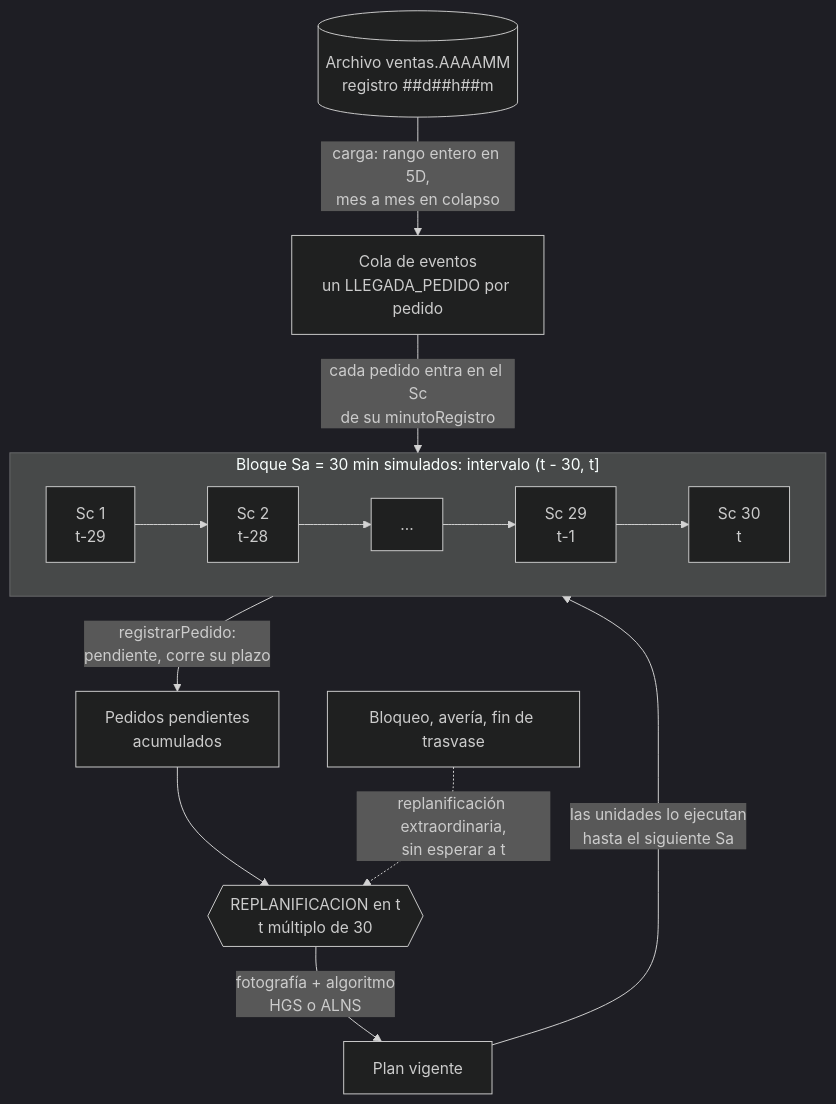
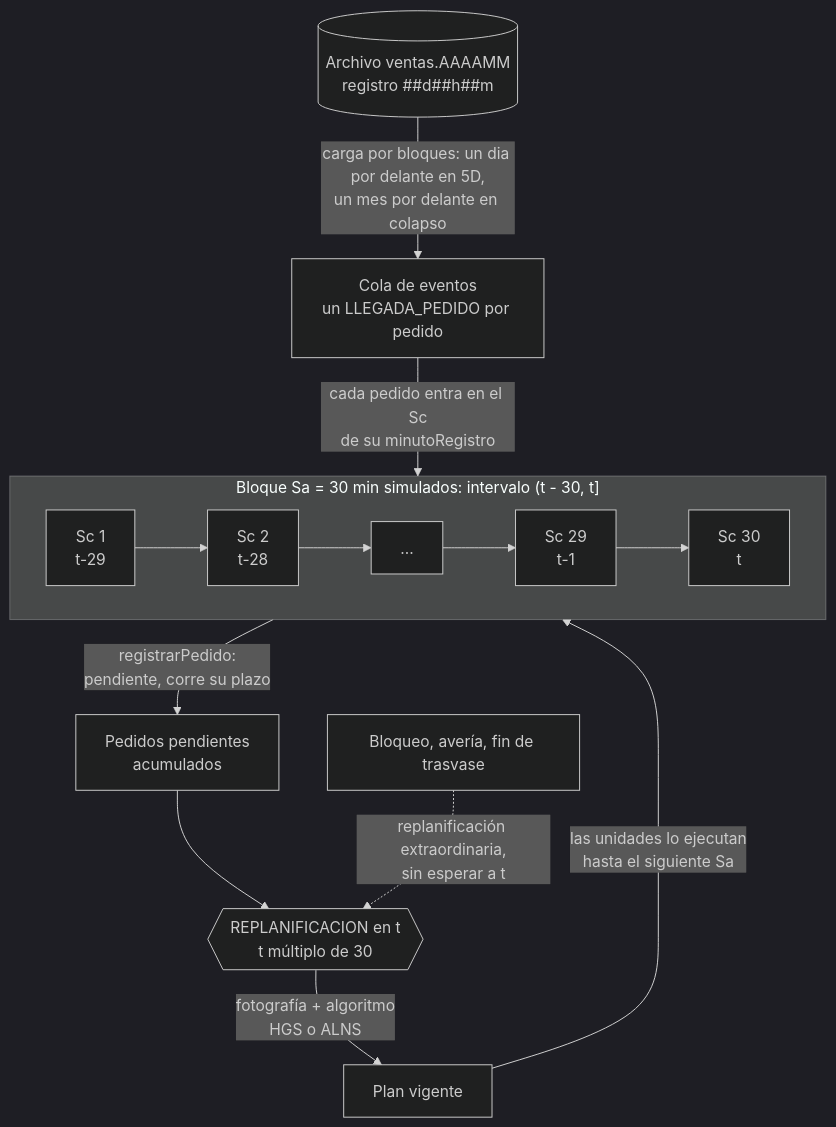
Before and after one commit to dp1-grupo-3c/metaheuristics-platform: the first of 2 diagrams in docs/SALTOS_SC_SA.md, drawn with Mermaid (dark theme). The commit also changed other lines of this file and 8 other files, not shown here.

Commit message:
add: carga de pedidos por dias en la simulacion de 5 dias y dia a dia

````diff
--- a/docs/SALTOS_SC_SA.md
+++ b/docs/SALTOS_SC_SA.md
@@ -38,16 +39,16 @@
 ```mermaid
 flowchart TB
-    A[("Archivo ventas.AAAAMM<br/>registro ##d##h##m")] -->|"carga: rango entero en 5D,<br/>mes a mes en colapso"| B["Cola de eventos<br/>un LLEGADA_PEDIDO por pedido"]
+    A[("Archivo ventas.AAAAMM<br/>registro ##d##h##m")] -->|"carga por bloques: un dia por delante en 5D,<br/>un mes por delante en colapso"| B["Cola de eventos<br/>un LLEGADA_PEDIDO por pedido"]
 
     subgraph SA["Bloque Sa = 30 min simulados: intervalo (t - 30, t]"]
         direction LR
         C1["Sc 1<br/>t-29"] --> C2["Sc 2<br/>t-28"] --> C3["..."] --> C29["Sc 29<br/>t-1"] --> C30["Sc 30<br/>t"]
     end
 
     B -->|"cada pedido entra en el Sc<br/>de su minutoRegistro"| SA
     SA -->|"registrarPedido:<br/>pendiente, corre su plazo"| P["Pedidos pendientes<br/>acumulados"]
     P --> R{{"REPLANIFICACION en t<br/>t múltiplo de 30"}}
     R -->|"fotografía + algoritmo<br/>HGS o ALNS"| PL["Plan vigente"]
     PL -->|"las unidades lo ejecutan<br/>hasta el siguiente Sa"| SA
     E["Bloqueo, avería, fin de trasvase"] -.->|"replanificación extraordinaria,<br/>sin esperar a t"| R
 ```
````
